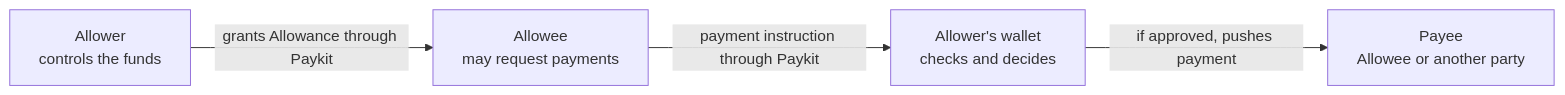
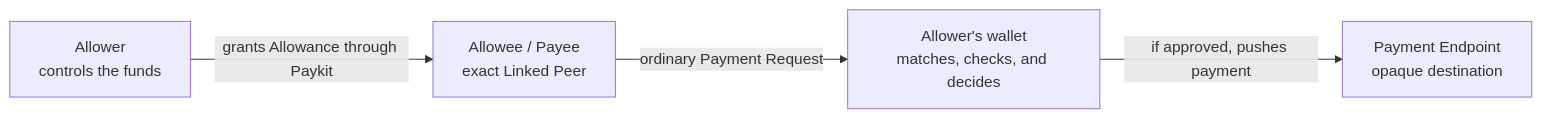
Before and after one commit to pubky/paykit-rs: the diagram in specs/allowances.md, drawn with Mermaid. The commit also changed other lines of this file and 2 other files, not shown here.

Commit message:
docs: align allowance workshop with payment requests

````diff
--- a/specs/allowances.md
+++ b/specs/allowances.md
@@ -27,6 +27,6 @@
 ```mermaid
 flowchart LR
-    A["Allower<br/>controls the funds"] -- "grants Allowance through Paykit" --> B["Allowee<br/>may request payments"]
-    B -- "payment instruction through Paykit" --> W["Allower's wallet<br/>checks and decides"]
-    W -- "if approved, pushes payment" --> P["Payee<br/>Allowee or another party"]
+    A["Allower<br/>controls the funds"] -- "grants Allowance through Paykit" --> B["Allowee / Payee<br/>exact Linked Peer"]
+    B -- "ordinary Payment Request" --> W["Allower's wallet<br/>matches, checks, and decides"]
+    W -- "if approved, pushes payment" --> E["Payment Endpoint<br/>opaque destination"]
 ```
````
